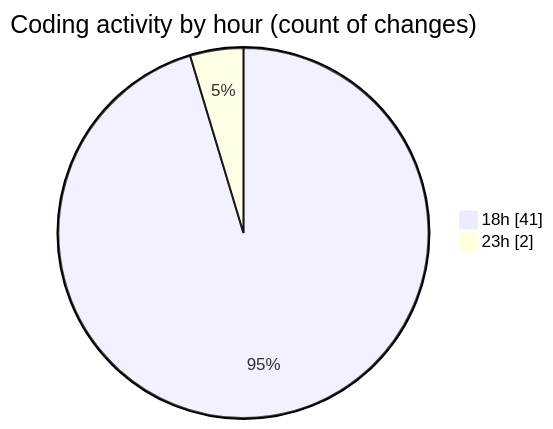
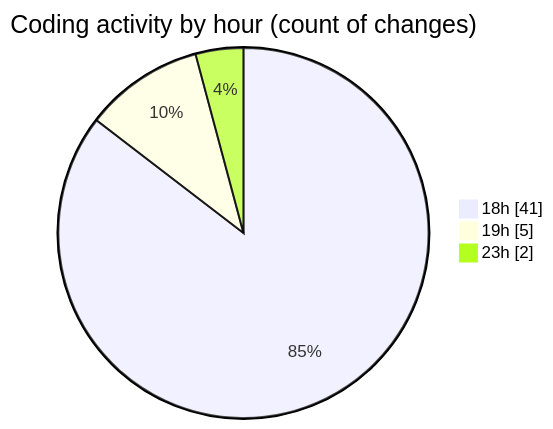
Before and after one commit to Ritupan-Deka/code-tracking: the second of 2 diagrams in 2025-11-01/backend/README.md, drawn with Mermaid. The commit also changed other lines of this file and 1 other file, not shown here.

````diff
--- a/2025-11-01/backend/README.md
+++ b/2025-11-01/backend/README.md
@@ -39,6 +41,7 @@
 ```mermaid
 pie showData
 title Coding activity by hour (count of changes)
 "18h" : 41
+"19h" : 5
 "23h" : 2
 ```
````
